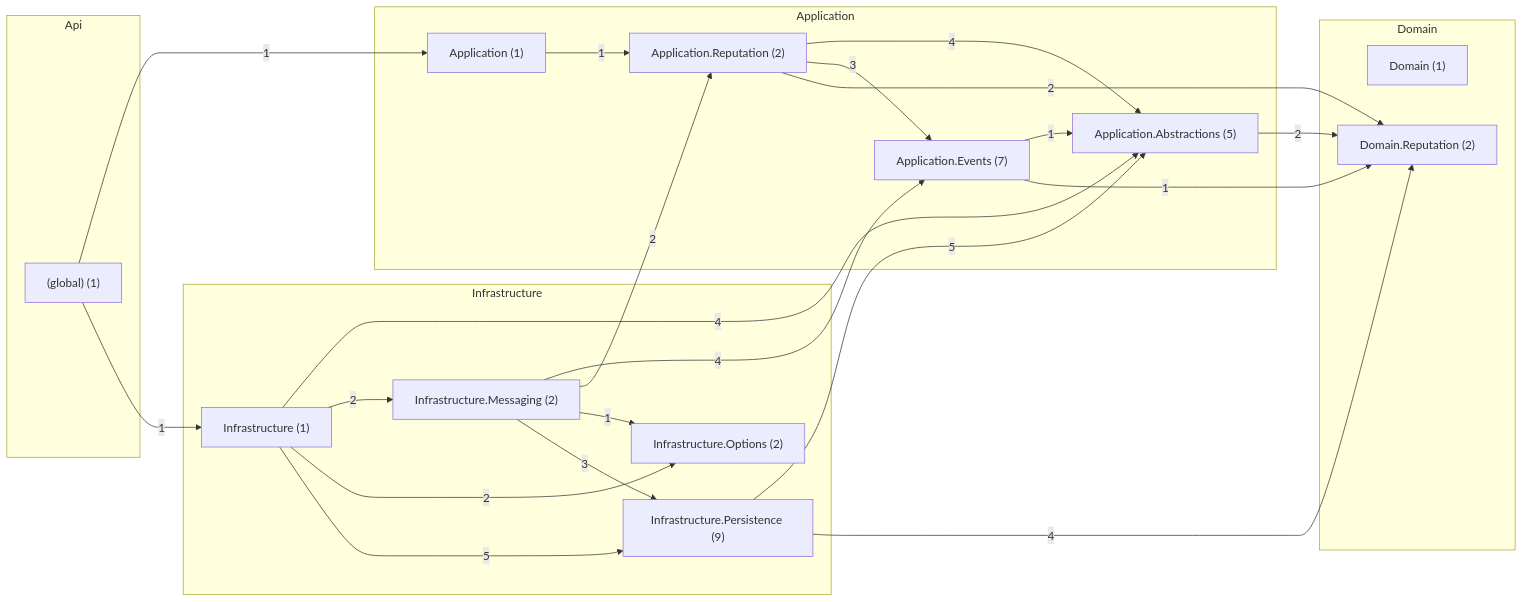
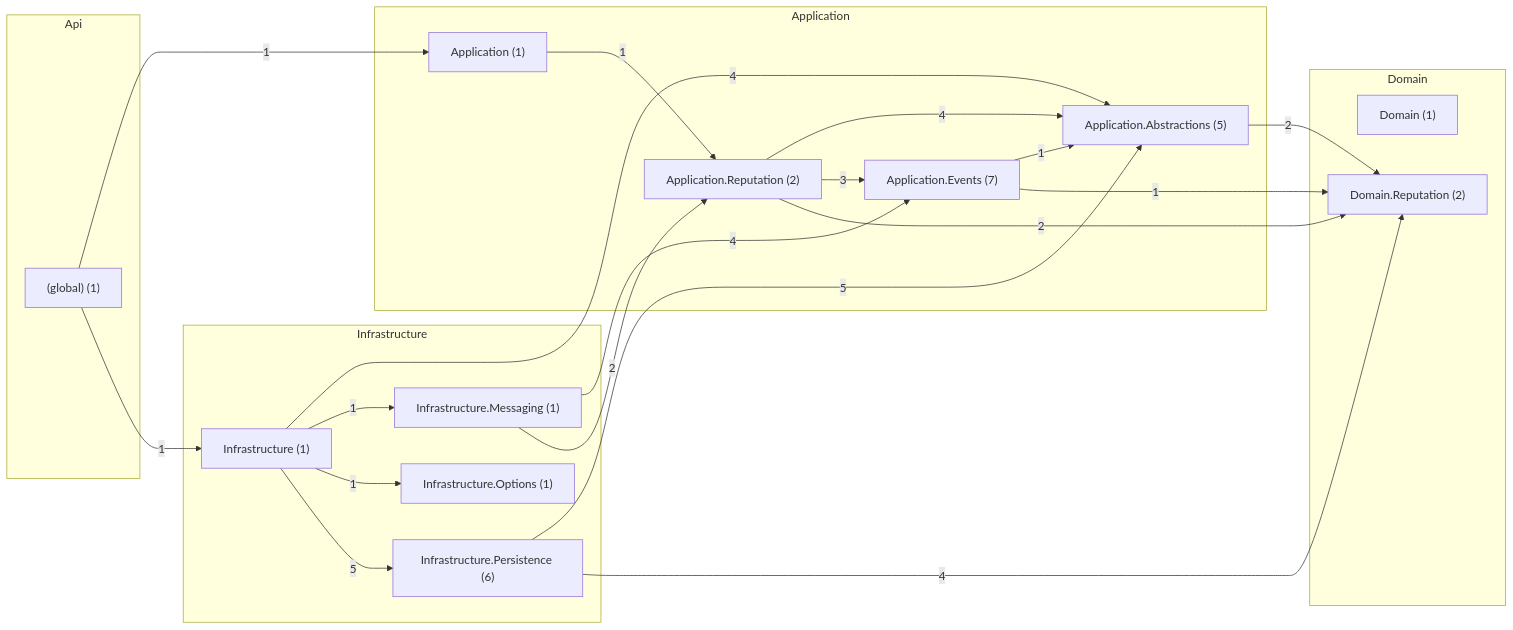
One commit to ARQUI-202630/quickpatch changed the diagram in docs/architecture/codigo/despues/ranking/README.md. Above: the diagram before and after it, drawn with Mermaid. The commit also changed other lines of this file and 36 other files, not shown here.

````diff
--- a/docs/architecture/codigo/despues/ranking/README.md
+++ b/docs/architecture/codigo/despues/ranking/README.md
@@ -104,41 +104,39 @@
 ```mermaid
 flowchart LR
   subgraph Api
     _global_["(global) (1)"]
   end
   subgraph Application
     QuickPatch_Ranking_Application["Application (1)"]
     QuickPatch_Ranking_Application_Abstractions["Application.Abstractions (5)"]
     QuickPatch_Ranking_Application_Events["Application.Events (7)"]
     QuickPatch_Ranking_Application_Reputation["Application.Reputation (2)"]
   end
   subgraph Domain
     QuickPatch_Ranking_Domain["Domain (1)"]
     QuickPatch_Ranking_Domain_Reputation["Domain.Reputation (2)"]
   end
   subgraph Infrastructure
     QuickPatch_Ranking_Infrastructure["Infrastructure (1)"]
-    QuickPatch_Ranking_Infrastructure_Messaging["Infrastructure.Messaging (2)"]
-    QuickPatch_Ranking_Infrastructure_Options["Infrastructure.Options (2)"]
-    QuickPatch_Ranking_Infrastructure_Persistence["Infrastructure.Persistence (9)"]
+    QuickPatch_Ranking_Infrastructure_Messaging["Infrastructure.Messaging (1)"]
+    QuickPatch_Ranking_Infrastructure_Options["Infrastructure.Options (1)"]
+    QuickPatch_Ranking_Infrastructure_Persistence["Infrastructure.Persistence (6)"]
   end
   _global_ -->|1| QuickPatch_Ranking_Application
   _global_ -->|1| QuickPatch_Ranking_Infrastructure
   QuickPatch_Ranking_Application -->|1| QuickPatch_Ranking_Application_Reputation
   QuickPatch_Ranking_Application_Abstractions -->|2| QuickPatch_Ranking_Domain_Reputation
   QuickPatch_Ranking_Application_Events -->|1| QuickPatch_Ranking_Application_Abstractions
   QuickPatch_Ranking_Application_Events -->|1| QuickPatch_Ranking_Domain_Reputation
   QuickPatch_Ranking_Application_Reputation -->|4| QuickPatch_Ranking_Application_Abstractions
   QuickPatch_Ranking_Application_Reputation -->|3| QuickPatch_Ranking_Application_Events
   QuickPatch_Ranking_Application_Reputation -->|2| QuickPatch_Ranking_Domain_Reputation
   QuickPatch_Ranking_Infrastructure -->|4| QuickPatch_Ranking_Application_Abstractions
-  QuickPatch_Ranking_Infrastructure -->|2| QuickPatch_Ranking_Infrastructure_Messaging
-  QuickPatch_Ranking_Infrastructure -->|2| QuickPatch_Ranking_Infrastructure_Options
+  QuickPatch_Ranking_Infrastructure -->|1| QuickPatch_Ranking_Infrastructure_Messaging
+  QuickPatch_Ranking_Infrastructure -->|1| QuickPatch_Ranking_Infrastructure_Options
   QuickPatch_Ranking_Infrastructure -->|5| QuickPatch_Ranking_Infrastructure_Persistence
   QuickPatch_Ranking_Infrastructure_Messaging -->|4| QuickPatch_Ranking_Application_Events
   QuickPatch_Ranking_Infrastructure_Messaging -->|2| QuickPatch_Ranking_Application_Reputation
-  QuickPatch_Ranking_Infrastructure_Messaging -->|1| QuickPatch_Ranking_Infrastructure_Options
-  QuickPatch_Ranking_Infrastructure_Messaging -->|3| QuickPatch_Ranking_Infrastructure_Persistence
   QuickPatch_Ranking_Infrastructure_Persistence -->|5| QuickPatch_Ranking_Application_Abstractions
   QuickPatch_Ranking_Infrastructure_Persistence -->|4| QuickPatch_Ranking_Domain_Reputation
 ```
````
